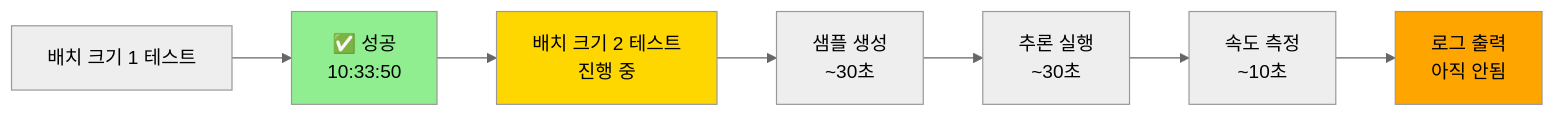
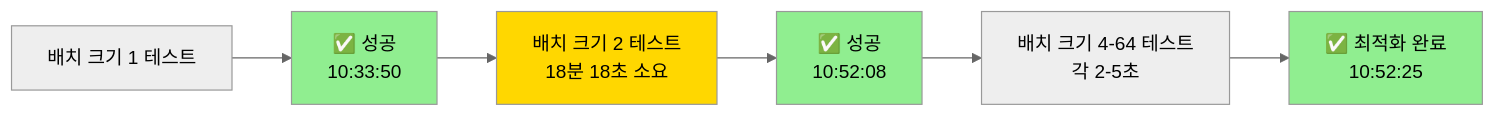
Before and after one commit to AIBootcamp14/naturallanguageprocessingcompetition-nlp-1: the third of 5 diagrams in docs/experiments/20251012_101219_test_full_pipeline_quick_실험분석.md, drawn with Mermaid (neutral theme). The commit also changed other lines of this file and 23 other files, not shown here.

````diff
--- a/docs/experiments/20251012_101219_test_full_pipeline_quick_실험분석.md
+++ b/docs/experiments/20251012_101219_test_full_pipeline_quick_실험분석.md
@@ -257,13 +308,13 @@
 ```mermaid
 graph LR
     A[배치 크기 1 테스트] --> B[✅ 성공<br/>10:33:50]
-    B --> C[배치 크기 2 테스트<br/>진행 중]
-    C --> D[샘플 생성<br/>~30초]
-    D --> E[추론 실행<br/>~30초]
-    E --> F[속도 측정<br/>~10초]
-    F --> G[로그 출력<br/>아직 안됨]
+    B --> C[배치 크기 2 테스트<br/>18분 18초 소요]
+    C --> D[✅ 성공<br/>10:52:08]
+    D --> E[배치 크기 4-64 테스트<br/>각 2-5초]
+    E --> F[✅ 최적화 완료<br/>10:52:25]
 
     style B fill:#90EE90
     style C fill:#FFD700
-    style G fill:#FFA500
+    style D fill:#90EE90
+    style F fill:#90EE90
 ```
````
